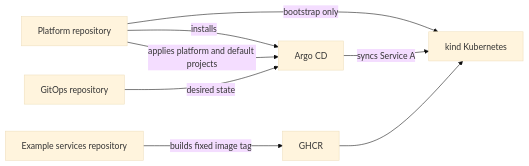
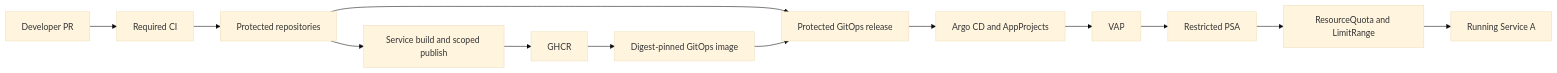
The diagram in README.md (cbssmh/golden-path-deployment-platform), drawn with Mermaid (base theme) before and after one commit. The commit also changed other lines of this file and 10 other files, not shown here.

````diff
--- a/README.md
+++ b/README.md
@@ -54,10 +54,15 @@
 ```mermaid
 flowchart LR
-  P[Platform repository] -->|bootstrap only| K[kind Kubernetes]
-  P -->|installs| A[Argo CD]
-  P -->|applies platform and default projects| A
-  G[GitOps repository] -->|desired state| A
-  A -->|syncs Service A| K
-  E[Example services repository] -->|builds fixed image tag| R[GHCR]
-  R --> K
+  D[Developer PR] --> C[Required CI]
+  C --> R[Protected repositories]
+  R --> B[Service build and scoped publish]
+  B --> H[GHCR]
+  H --> I[Digest-pinned GitOps image]
+  R --> G[Protected GitOps release]
+  I --> G
+  G --> A[Argo CD and AppProjects]
+  A --> V[VAP]
+  V --> P[Restricted PSA]
+  P --> Q[ResourceQuota and LimitRange]
+  Q --> S[Running Service A]
 ```
````
